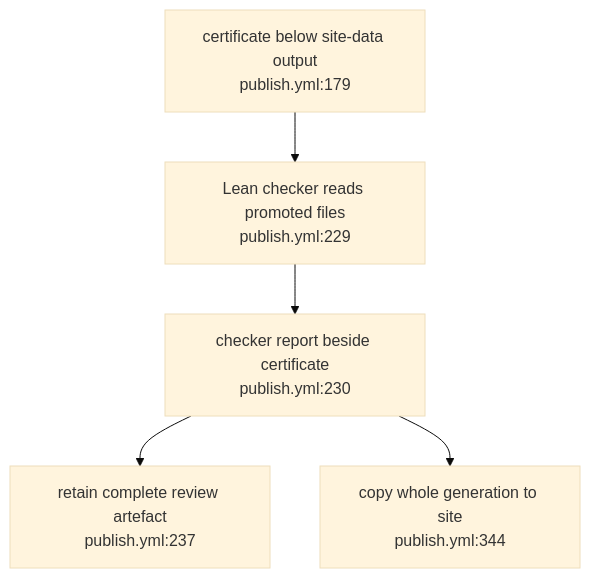
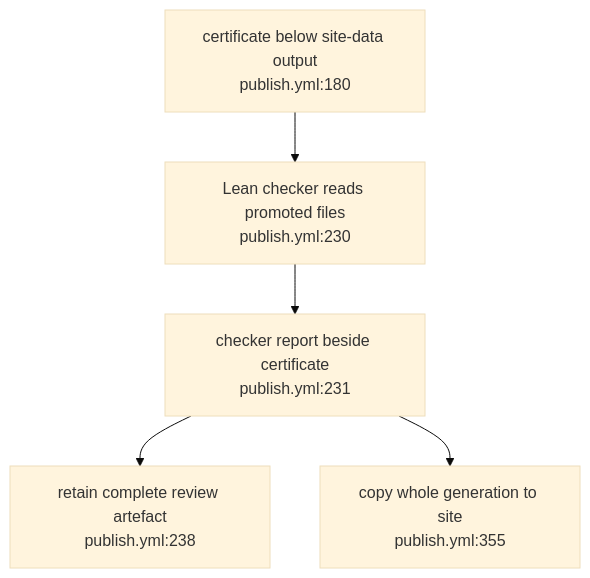
One commit to DreamLab-AI/VisionFlow changed the diagram in docs/diagrams/visiongraph/08-promoted-certificate-consumption.md. Above: the diagram before and after it, drawn with Mermaid (base theme). The commit also changed other lines of this file and 70 other files, not shown here.

First line of the commit message:
docs(diagrams): re-verify 69 topics at current default-branch heads

````diff
--- a/docs/diagrams/visiongraph/08-promoted-certificate-consumption.md
+++ b/docs/diagrams/visiongraph/08-promoted-certificate-consumption.md
@@ -22,7 +22,7 @@
 ```mermaid
 flowchart TB
-    BUILD["certificate below site-data output<br/>publish.yml:179"] --> VERIFY["Lean checker reads promoted files<br/>publish.yml:229"]
-    VERIFY --> REPORT["checker report beside certificate<br/>publish.yml:230"]
-    REPORT --> REVIEW["retain complete review artefact<br/>publish.yml:237"]
-    REPORT --> SITE["copy whole generation to site<br/>publish.yml:344"]
+    BUILD["certificate below site-data output<br/>publish.yml:180"] --> VERIFY["Lean checker reads promoted files<br/>publish.yml:230"]
+    VERIFY --> REPORT["checker report beside certificate<br/>publish.yml:231"]
+    REPORT --> REVIEW["retain complete review artefact<br/>publish.yml:238"]
+    REPORT --> SITE["copy whole generation to site<br/>publish.yml:355"]
 ```
````
